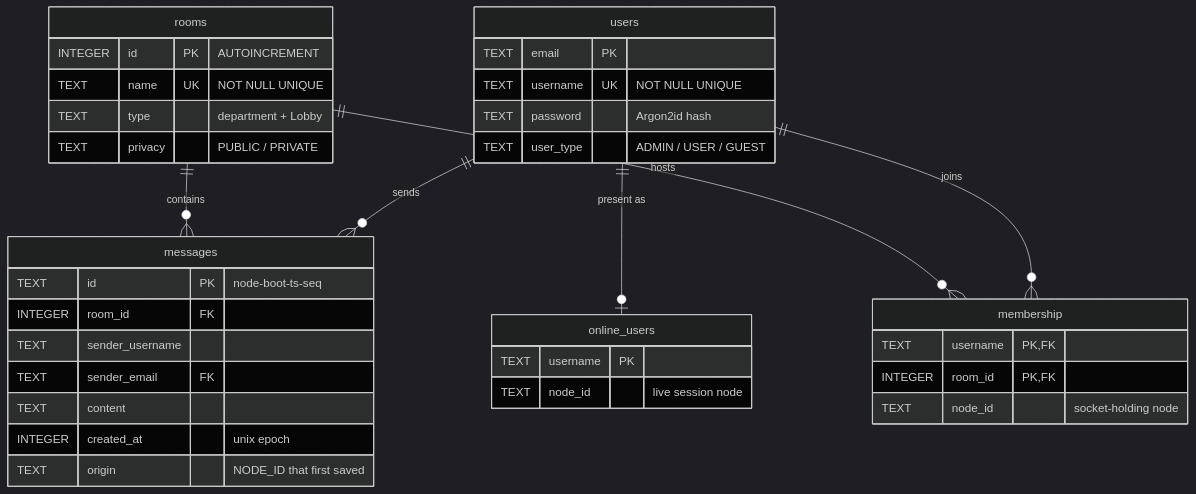
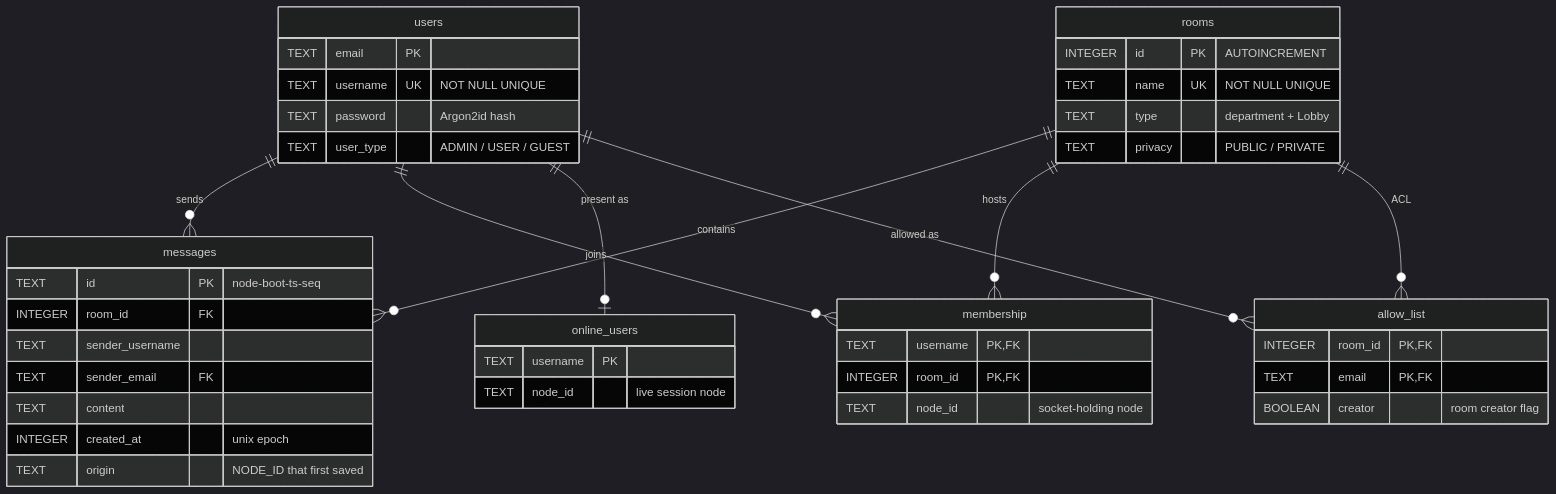
Before and after one commit to OmriSpitzer/Distributed-Chat-Server: the second of 9 diagrams in database.md, drawn with Mermaid (dark theme). The commit also changed other lines of this file and 17 other files, not shown here.

````diff
--- a/database.md
+++ b/database.md
@@ -46,43 +48,51 @@
 ```mermaid
 erDiagram
   users {
     TEXT email PK
     TEXT username UK "NOT NULL UNIQUE"
     TEXT password "Argon2id hash"
     TEXT user_type "ADMIN / USER / GUEST"
   }
 
   rooms {
     INTEGER id PK "AUTOINCREMENT"
     TEXT name UK "NOT NULL UNIQUE"
     TEXT type "department + Lobby"
     TEXT privacy "PUBLIC / PRIVATE"
   }
 
   messages {
     TEXT id PK "node-boot-ts-seq"
     INTEGER room_id FK
     TEXT sender_username
     TEXT sender_email FK
     TEXT content
     INTEGER created_at "unix epoch"
     TEXT origin "NODE_ID that first saved"
   }
 
   membership {
     TEXT username PK, FK
     INTEGER room_id PK, FK
     TEXT node_id "socket-holding node"
   }
 
   online_users {
     TEXT username PK
     TEXT node_id "live session node"
   }
 
+  allow_list {
+    INTEGER room_id PK, FK
+    TEXT email PK, FK
+    BOOLEAN creator "room creator flag"
+  }
+
   users ||--o{ messages : "sends"
   rooms ||--o{ messages : "contains"
   users ||--o{ membership : "joins"
   rooms ||--o{ membership : "hosts"
   users ||--o| online_users : "present as"
+  rooms ||--o{ allow_list : "ACL"
+  users ||--o{ allow_list : "allowed as"
 ```
````
